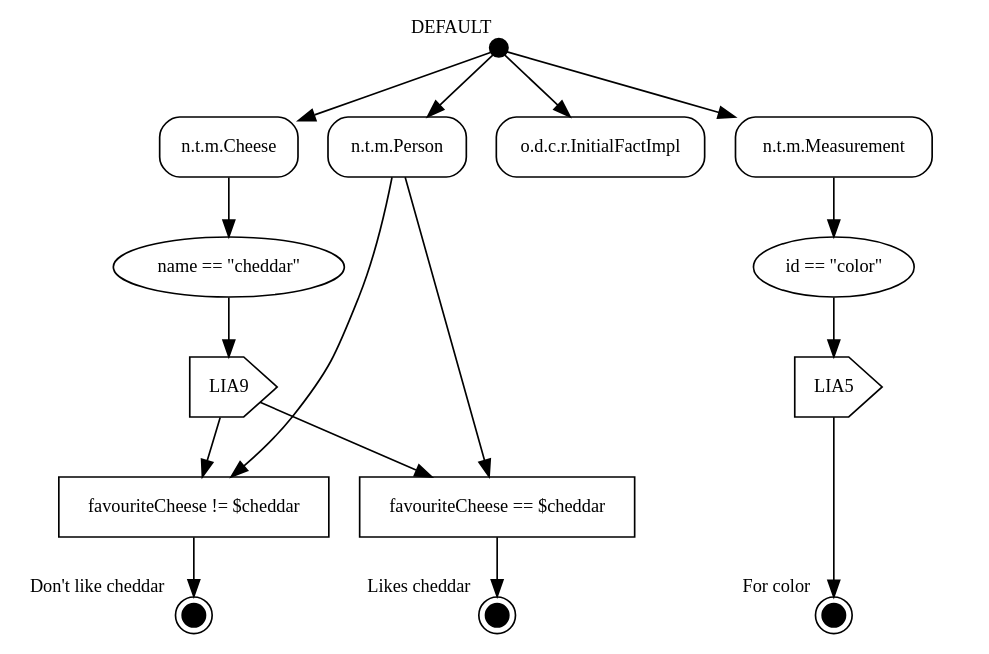
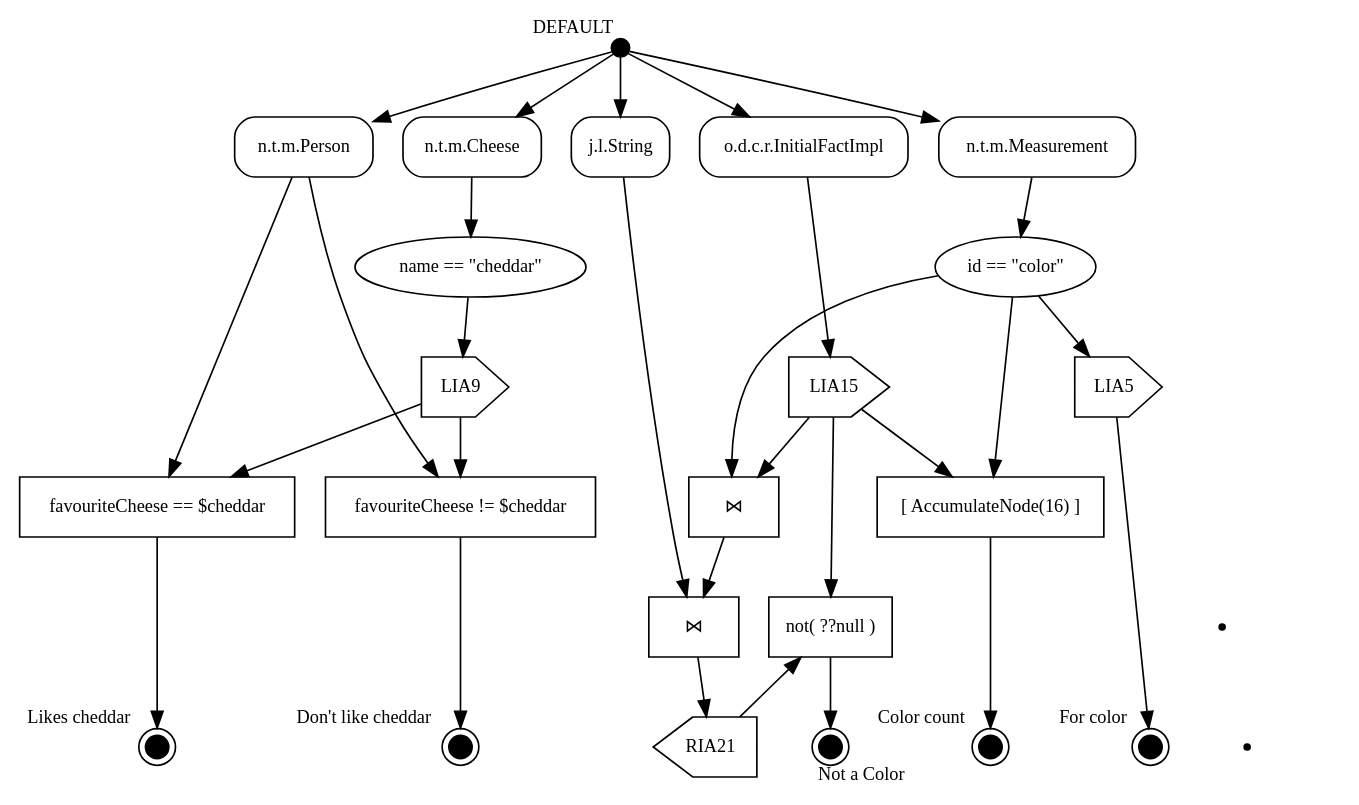
One commit to apache/incubator-kie-drools changed the diagram in test.gv. Above: the diagram before and after it, drawn with Graphviz. The commit also changed 4 other files, not shown here.

```diff
--- a/test.gv
+++ b/test.gv
@@ -1,44 +1,68 @@
 digraph g {
 graph [fontname = "Overpass" fontsize=11];
  node [fontname = "Overpass" fontsize=11];
  edge [fontname = "Overpass" fontsize=11];
 
 EP1 [shape=circle width=0.15 fillcolor=black style=filled label="" xlabel="DEFAULT"] ;
 OTN7 [shape=rect style=rounded label="n.t.m.Cheese"] ;
 OTN2 [shape=rect style=rounded label="o.d.c.r.InitialFactImpl"] ;
+OTN19 [shape=rect style=rounded label="j.l.String"] ;
 OTN10 [shape=rect style=rounded label="n.t.m.Person"] ;
 OTN3 [shape=rect style=rounded label="n.t.m.Measurement"] ;
 AN8 [label="name == \"cheddar\""] ;
 AN4 [label="id == \"color\""] ;
 LIA9 [shape=house orientation=-90] ;
+LIA15 [shape=house orientation=-90] ;
 LIA5 [shape=house orientation=-90] ;
+RIA21 [shape=house orientation=90] ;
 BN11 [shape=box label="favouriteCheese == $cheddar" href="http://drools.org"] ;
 BN13 [shape=box label="favouriteCheese != $cheddar" href="http://drools.org"] ;
+BN18 [shape=box label="⋈" href="http://drools.org"] ;
+BN20 [shape=box label="⋈" href="http://drools.org"] ;
+BN16 [shape=box label="[ AccumulateNode(16) ]"] ;
+BN22 [shape=box label="not( ??null )"] ;
 RTN12 [shape=doublecircle width=0.2 fillcolor=black style=filled label="" xlabel="Likes cheddar" href="http://drools.org"] ;
 RTN14 [shape=doublecircle width=0.2 fillcolor=black style=filled label="" xlabel="Don't like cheddar" href="http://drools.org"] ;
+RTN17 [shape=doublecircle width=0.2 fillcolor=black style=filled label="" xlabel="Color count" href="http://drools.org"] ;
+RTN23 [shape=doublecircle width=0.2 fillcolor=black style=filled label="" xlabel="Not a Color" href="http://drools.org"] ;
 RTN6 [shape=doublecircle width=0.2 fillcolor=black style=filled label="" xlabel="For color" href="http://drools.org"] ;
 
 EP1 -> OTN7 ;
 OTN7 -> AN8 ;
 AN8 -> LIA9 ;
 LIA9 -> BN11 ;
 BN11 -> RTN12 ;
 LIA9 -> BN13 ;
 BN13 -> RTN14 ;
 EP1 -> OTN2 ;
+OTN2 -> LIA15 ;
+LIA15 -> BN16 ;
+BN16 -> RTN17 ;
+LIA15 -> BN18 ;
+BN18 -> BN20 ;
+BN20 -> RIA21 ;
+RIA21 -> BN22 ;
+BN22 -> RTN23 ;
+LIA15 -> BN22 ;
+EP1 -> OTN19 ;
+OTN19 -> BN20 ;
 EP1 -> OTN10 ;
 OTN10 -> BN11 ;
 OTN10 -> BN13 ;
 EP1 -> OTN3 ;
 OTN3 -> AN4 ;
 AN4 -> LIA5 ;
 LIA5 -> RTN6 ;
+AN4 -> BN16 ;
+AN4 -> BN18 ;
 
+ {rank=same; l1[style=invis, shape=point]; OTN19; OTN2; OTN10; OTN3; OTN7; }
  {rank=same; l2[style=invis, shape=point]; AN4; AN8; }
- {rank=same; l3[style=invis, shape=point]; LIA9; LIA5; }
- {rank=same; l1[style=invis, shape=point]; OTN2; OTN10; OTN3; OTN7; }
- {rank=same; l4[style=invis, shape=point]; }
- {rank=same; l5[style=invis, shape=point]; RTN14; RTN12; RTN6; }
+ {rank=same; l3[style=invis, shape=point]; LIA15; LIA9; LIA5; }
+ {rank=same; lria[style=dashed, shape=point]; RIA21; }
+ {rank=same; lriabeta[style=dotted, shape=point]; BN20; BN22; }
+ {rank=same; l4[style=invis, shape=point]; BN11; BN18;  BN13;  BN16; }
+ {rank=same; l5[style=invis, shape=point]; RTN14; RTN17; RTN23; RTN12; RTN6; }
  edge[style=invis];
- l1->l2->l3->l4->l5;
+ l1->l2->l3->lriabeta->lria->l4->l5;
 }
```
